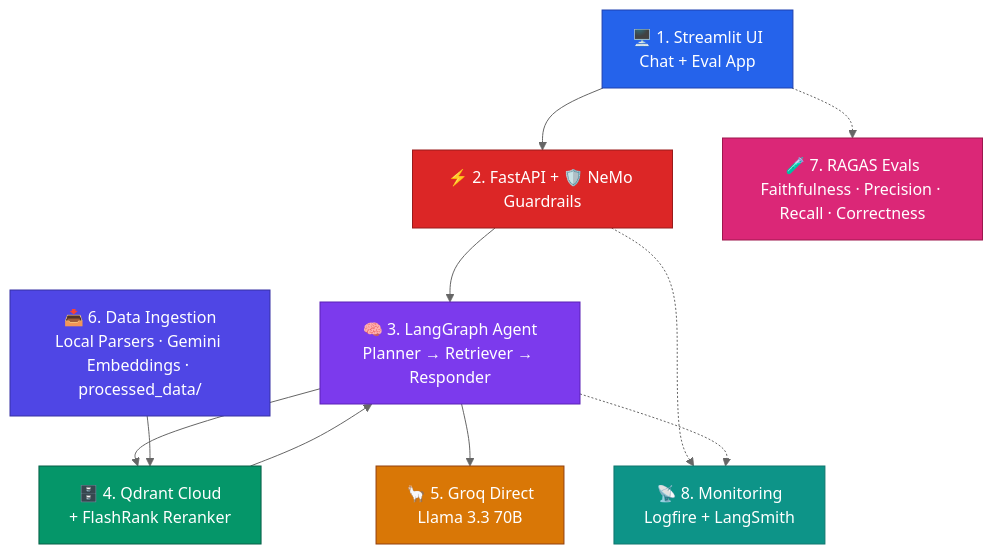
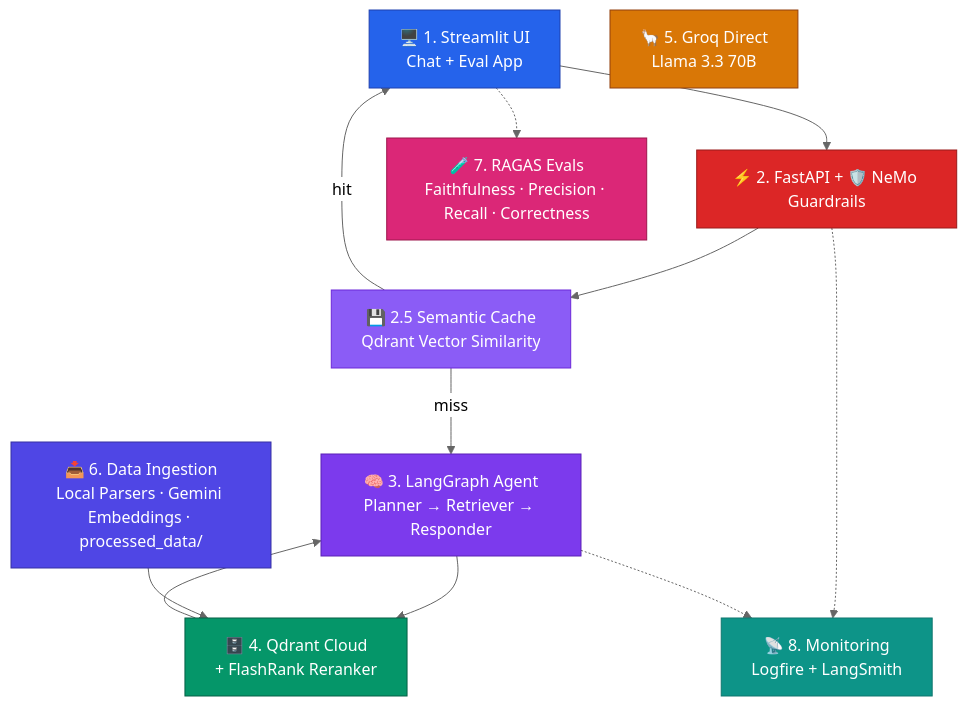
The third of 3 diagrams in ARCHITECTURE.md (SanthoshAmbati113/Advanced-Rag-System), drawn with Mermaid (neutral theme) before and after one commit. The commit also changed other lines of this file and 10 other files, not shown here.

````diff
--- a/ARCHITECTURE.md
+++ b/ARCHITECTURE.md
@@ -227,37 +250,41 @@
 ```mermaid
 graph TB
     A["🖥️ 1. Streamlit UI\nChat + Eval App"]
     B["⚡ 2. FastAPI + 🛡️ NeMo Guardrails"]
-    C["🧠 3. LangGraph Agent\nPlanner → Retriever → Responder"]
-    D["🗄️ 4. Qdrant Cloud\n+ FlashRank Reranker"]
-    E["🦙 5. Groq Direct\nLlama 3.3 70B"]
-    F["📥 6. Data Ingestion\nLocal Parsers · Gemini Embeddings · processed_data/"]
-    G["🧪 7. RAGAS Evals\nFaithfulness · Precision · Recall · Correctness"]
-    H["📡 8. Monitoring\nLogfire + LangSmith"]
+    C["💾 2.5 Semantic Cache\nQdrant Vector Similarity"]
+    D["🧠 3. LangGraph Agent\nPlanner → Retriever → Responder"]
+    E["🗄️ 4. Qdrant Cloud\n+ FlashRank Reranker"]
+    F["🦙 5. Groq Direct\nLlama 3.3 70B"]
+    G["📥 6. Data Ingestion\nLocal Parsers · Gemini Embeddings · processed_data/"]
+    H["🧪 7. RAGAS Evals\nFaithfulness · Precision · Recall · Correctness"]
+    I["📡 8. Monitoring\nLogfire + LangSmith"]
 
     A --> B --> C
-    C --> D --> C
-    C --> E
-    F --> D
-    A -.-> G
-    B -.-> H
-    C -.-> H
+    C -->|"hit"| A
+    C -->|"miss"| D
+    D --> E --> D
+    G --> E
+    A -.-> H
+    B -.-> I
+    D -.-> I
 
     classDef ui      fill:#2563EB,stroke:#1E40AF,color:#fff
     classDef safety  fill:#DC2626,stroke:#991B1B,color:#fff
+    classDef cache   fill:#8B5CF6,stroke:#6D28D9,color:#fff
     classDef agent   fill:#7C3AED,stroke:#5B21B6,color:#fff
     classDef db      fill:#059669,stroke:#065F46,color:#fff
     classDef llm     fill:#D97706,stroke:#92400E,color:#fff
     classDef ingest  fill:#4F46E5,stroke:#3730A3,color:#fff
     classDef evals   fill:#DB2777,stroke:#9D174D,color:#fff
     classDef obs     fill:#0D9488,stroke:#0F766E,color:#fff
 
     class A ui
     class B safety
-    class C agent
-    class D db
-    class E llm
-    class F ingest
-    class G evals
-    class H obs
+    class C cache
+    class D agent
+    class E db
+    class F llm
+    class G ingest
+    class H evals
+    class I obs
 ```
````
